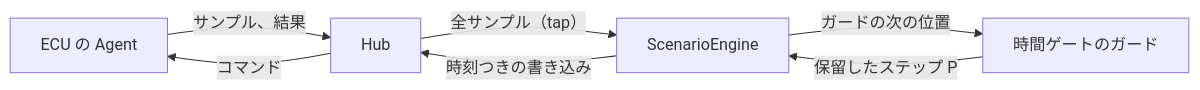
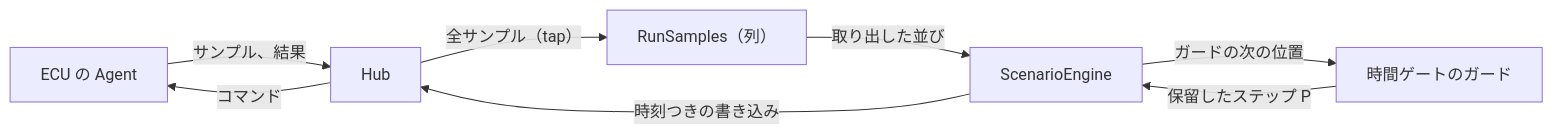
One commit to rahanahu/vehicle-sil changed the third of 3 diagrams in docs/ja/internals/control.md. Above: the diagram before and after it, drawn with Mermaid. The commit also changed other lines of this file and 135 other files, not shown here.

````diff
--- a/docs/ja/internals/control.md
+++ b/docs/ja/internals/control.md
@@ -885,9 +906,10 @@
 ```mermaid
 flowchart LR
     ecu["ECU の Agent"] -- "サンプル、結果" --> hub["Hub"]
-    hub -- "全サンプル（tap）" --> engine["ScenarioEngine"]
+    hub -- "全サンプル（tap）" --> samples["RunSamples（列）"]
+    samples -- "取り出した並び" --> engine["ScenarioEngine"]
     engine -- "時刻つきの書き込み" --> hub
     hub -- "コマンド" --> ecu
     gate["時間ゲートのガード"] -- "保留したステップ P" --> engine
     engine -- "ガードの次の位置" --> gate
 ```
````
